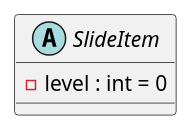
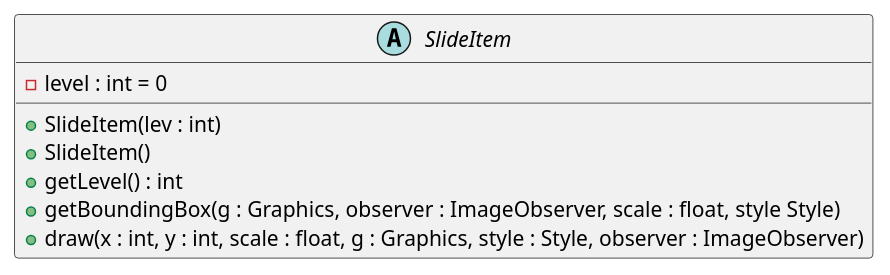
One commit to gabrielrtlima/diagramas-padroes-projeto changed the diagram in classes/SlideItem.puml. Above: the diagram before and after it, drawn with PlantUML. The commit also changed 13 other files, not shown here.

```diff
--- a/classes/SlideItem.puml
+++ b/classes/SlideItem.puml
@@ -1,9 +1,15 @@
 @startuml SlideItem
 
 abstract class SlideItem {
 
   - level : int = 0
 
+  + SlideItem(lev : int)
+  + SlideItem()
+  + getLevel() : int
+  + getBoundingBox(g : Graphics, observer : ImageObserver, scale : float, style Style)
+  + draw(x : int, y : int, scale : float, g : Graphics, style : Style, observer : ImageObserver)
+
 }
 
 @enduml
```
